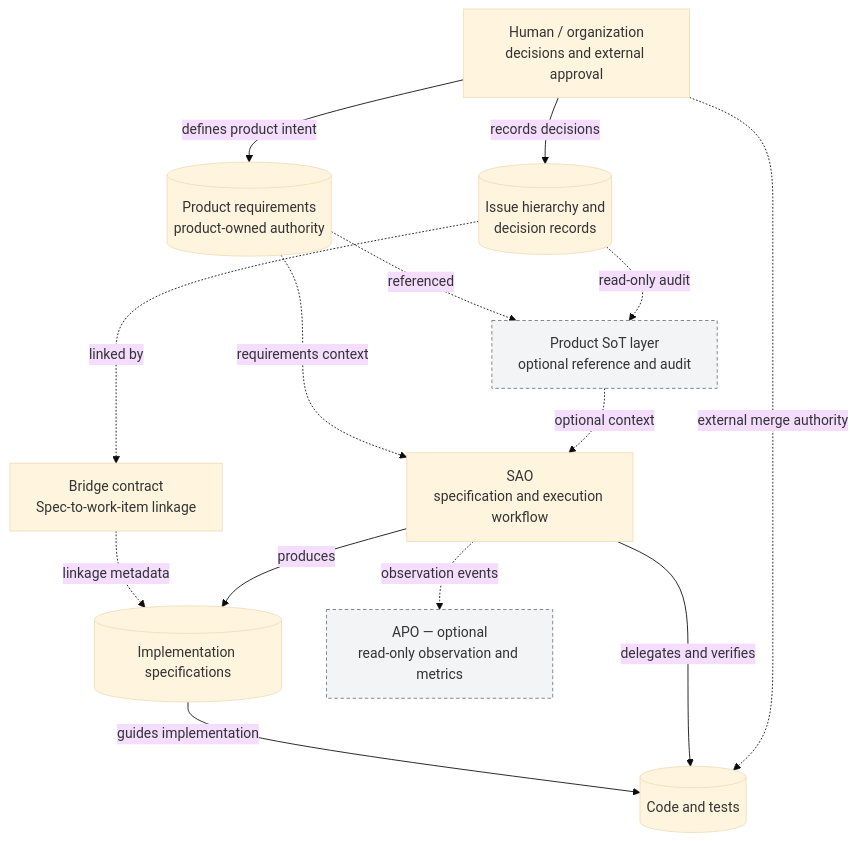
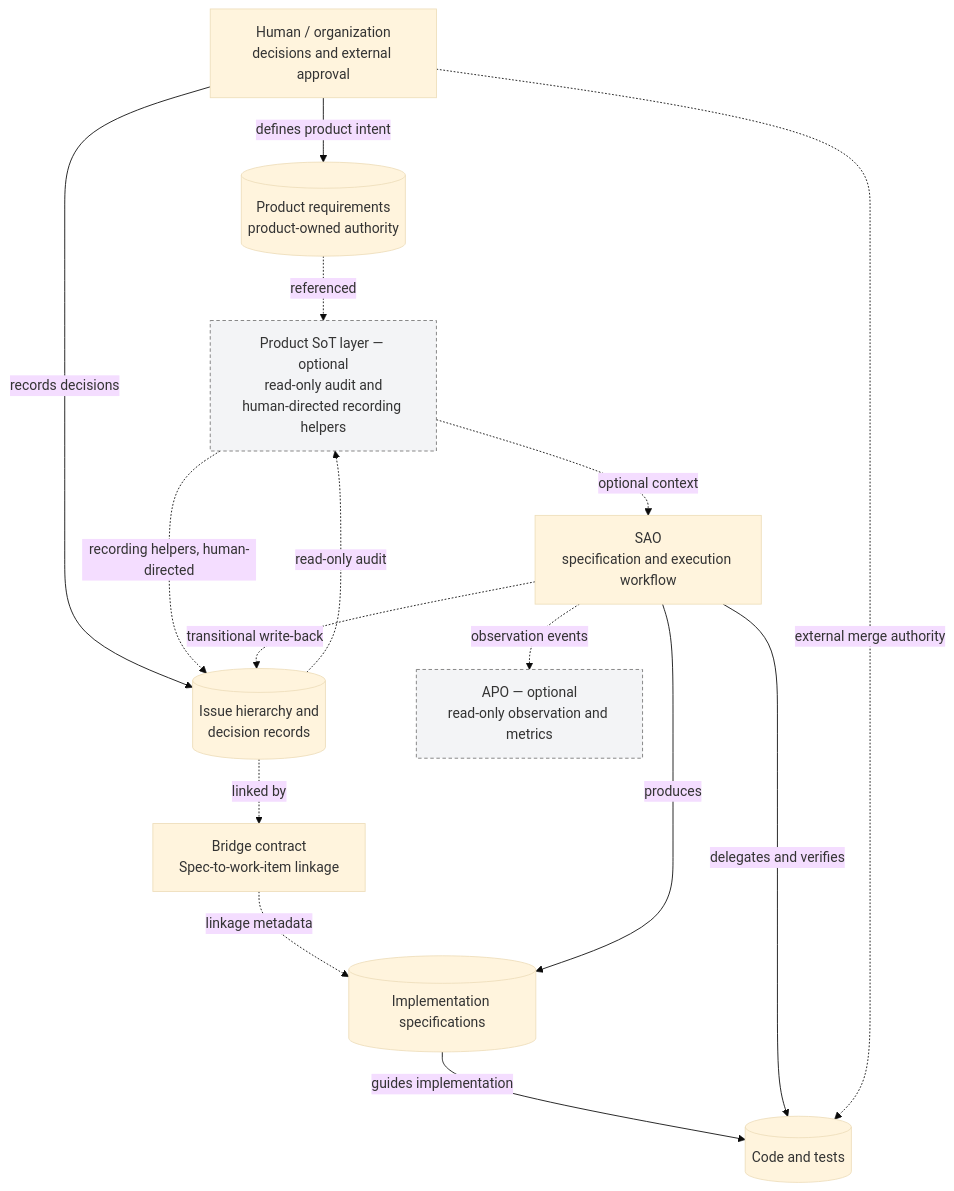
The diagram in diagrams/architecture.mmd (exscutz/ai-development-workflow-architecture), drawn with Mermaid (base theme) before and after one commit. The commit also changed 5 other files, not shown here.

First line of the commit message:
docs: correct approval semantics, adaptation scope and diagrams

```diff
--- a/diagrams/architecture.mmd
+++ b/diagrams/architecture.mmd
@@ -1,28 +1,29 @@
 %% Logical authority and responsibilities; not a mandatory execution sequence.
 flowchart TD
     Human["Human / organization<br/>decisions and external approval"]
     Product[("Product requirements<br/>product-owned authority")]
     Issues[("Issue hierarchy and<br/>decision records")]
-    SoT["Product SoT layer<br/>optional reference and audit"]
+    SoT["Product SoT layer — optional<br/>read-only audit and<br/>human-directed recording helpers"]
     Bridge["Bridge contract<br/>Spec-to-work-item linkage"]
     SAO["SAO<br/>specification and execution workflow"]
     Spec[("Implementation specifications")]
     Artifacts[("Code and tests")]
     APO["APO — optional<br/>read-only observation and metrics"]
 
     Human -->|"defines product intent"| Product
     Human -->|"records decisions"| Issues
     Product -.->|"referenced"| SoT
     Issues -.->|"read-only audit"| SoT
+    SoT -.->|"recording helpers, human-directed"| Issues
     Issues -.->|"linked by"| Bridge
     Bridge -.->|"linkage metadata"| Spec
-    Product -.->|"requirements context"| SAO
     SoT -.->|"optional context"| SAO
     SAO -->|"produces"| Spec
     Spec -->|"guides implementation"| Artifacts
     SAO -->|"delegates and verifies"| Artifacts
+    SAO -.->|"transitional write-back"| Issues
     SAO -.->|"observation events"| APO
     Human -.->|"external merge authority"| Artifacts
 
     classDef optional fill:#f3f4f6,stroke:#777,stroke-dasharray:4 3,color:#333
     class SoT,APO optional
```
